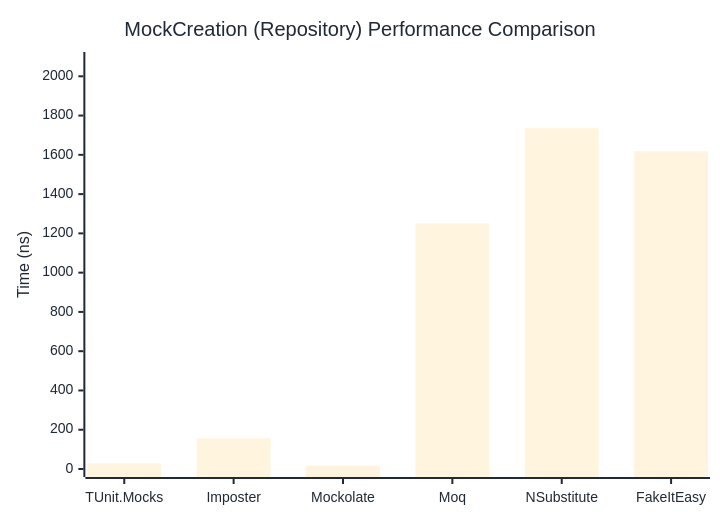
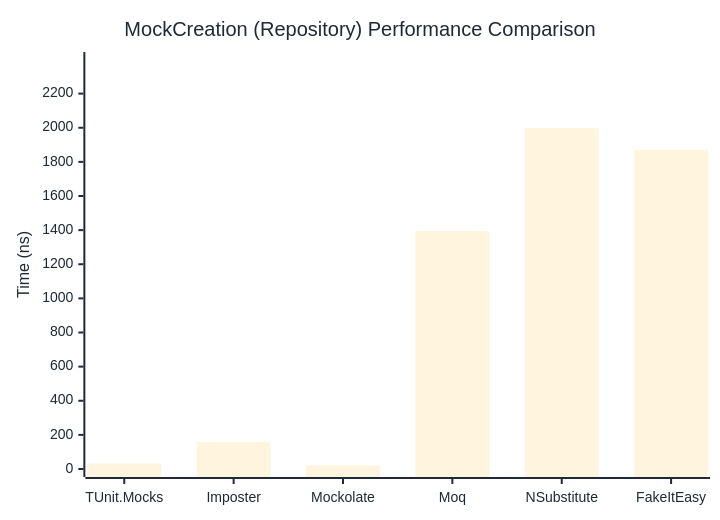
One commit to thomhurst/TUnit changed the second of 2 diagrams in docs/docs/benchmarks/mocks/MockCreation.md. Above: the diagram before and after it, drawn with Mermaid. The commit also changed other lines of this file and 14 other files, not shown here.

````diff
--- a/docs/docs/benchmarks/mocks/MockCreation.md
+++ b/docs/docs/benchmarks/mocks/MockCreation.md
@@ -71,27 +71,27 @@
 ```mermaid
 %%{init: {
   'theme':'base',
   'themeVariables': {
     'primaryColor': '#2563eb',
     'primaryTextColor': '#1f2937',
     'primaryBorderColor': '#1e40af',
     'lineColor': '#6b7280',
     'secondaryColor': '#7c3aed',
     'tertiaryColor': '#dc2626',
     'background': '#ffffff',
     'pie1': '#2563eb',
     'pie2': '#7c3aed',
     'pie3': '#dc2626',
     'pie4': '#f59e0b',
     'pie5': '#10b981',
     'pie6': '#06b6d4',
     'pie7': '#ec4899',
     'pie8': '#6366f1'
   }
 }}%%
 xychart-beta
   title "MockCreation (Repository) Performance Comparison"
   x-axis ["TUnit.Mocks", "Imposter", "Mockolate", "Moq", "NSubstitute", "FakeItEasy"]
-  y-axis "Time (ns)" 0 --> 2083
-  bar [29.25, 156.29, 17.99, 1250.85, 1735.6, 1618.5]
+  y-axis "Time (ns)" 0 --> 2397
+  bar [31.76, 158.42, 20.63, 1393.56, 1997.15, 1870.83]
 ```
````
